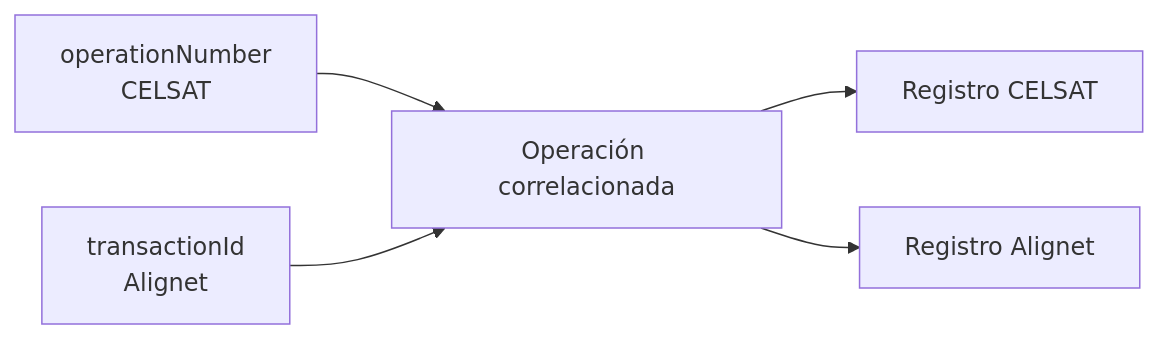
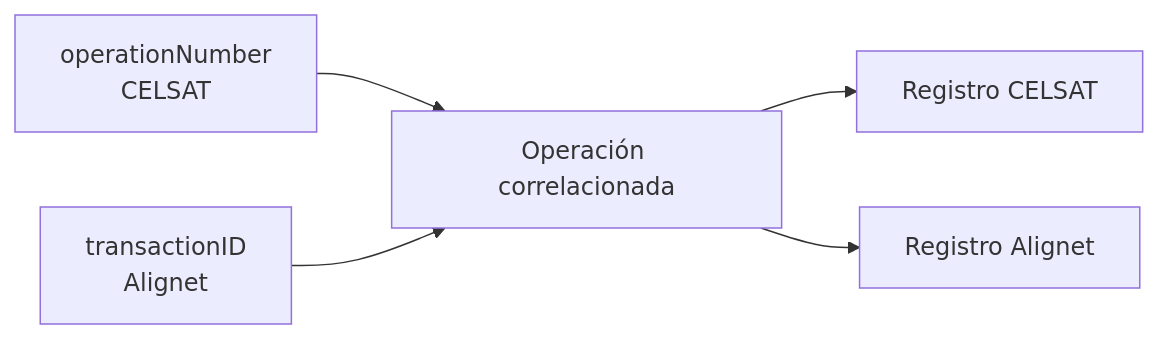
One commit to alignet-docs/alignet-developers changed the second of 2 diagrams in procesamiento-fisico/alignet-transit/arquitectura-y-trazabilidad.mdx. Above: the diagram before and after it, drawn with Mermaid. The commit also changed other lines of this file and 13 other files, not shown here.

````diff
--- a/procesamiento-fisico/alignet-transit/arquitectura-y-trazabilidad.mdx
+++ b/procesamiento-fisico/alignet-transit/arquitectura-y-trazabilidad.mdx
@@ -64,7 +71,7 @@
 ```mermaid
 flowchart LR
-    OP[operationNumber<br/>CELSAT] --> REG[Operación correlacionada]
-    TX[transactionId<br/>Alignet] --> REG
-    REG --> TMC[Registro CELSAT]
-    REG --> ALI[Registro Alignet]
+    OP[operationNumber<br/>CELSAT] --> RECORD[Operación correlacionada]
+    TX[transactionID<br/>Alignet] --> RECORD
+    RECORD --> SCCLOG[Registro CELSAT]
+    RECORD --> ALILOG[Registro Alignet]
 ```
````
